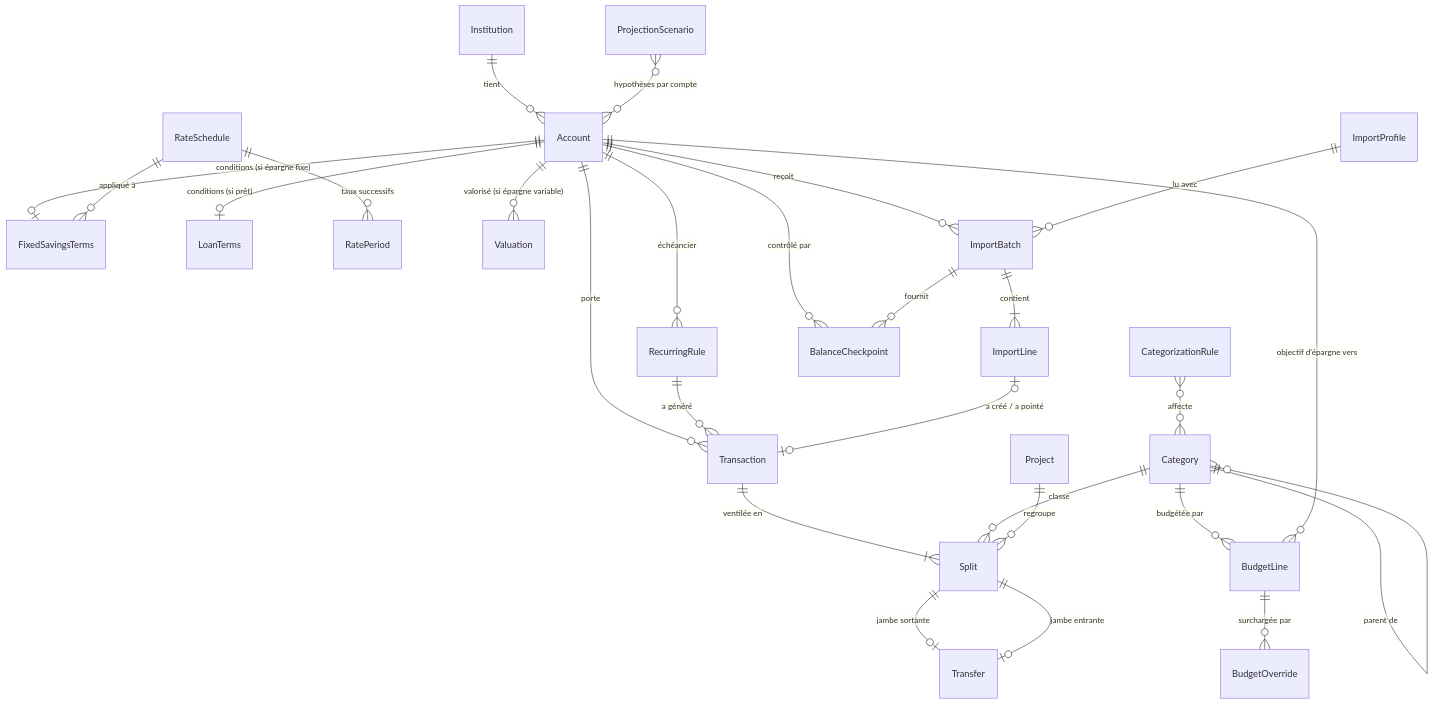
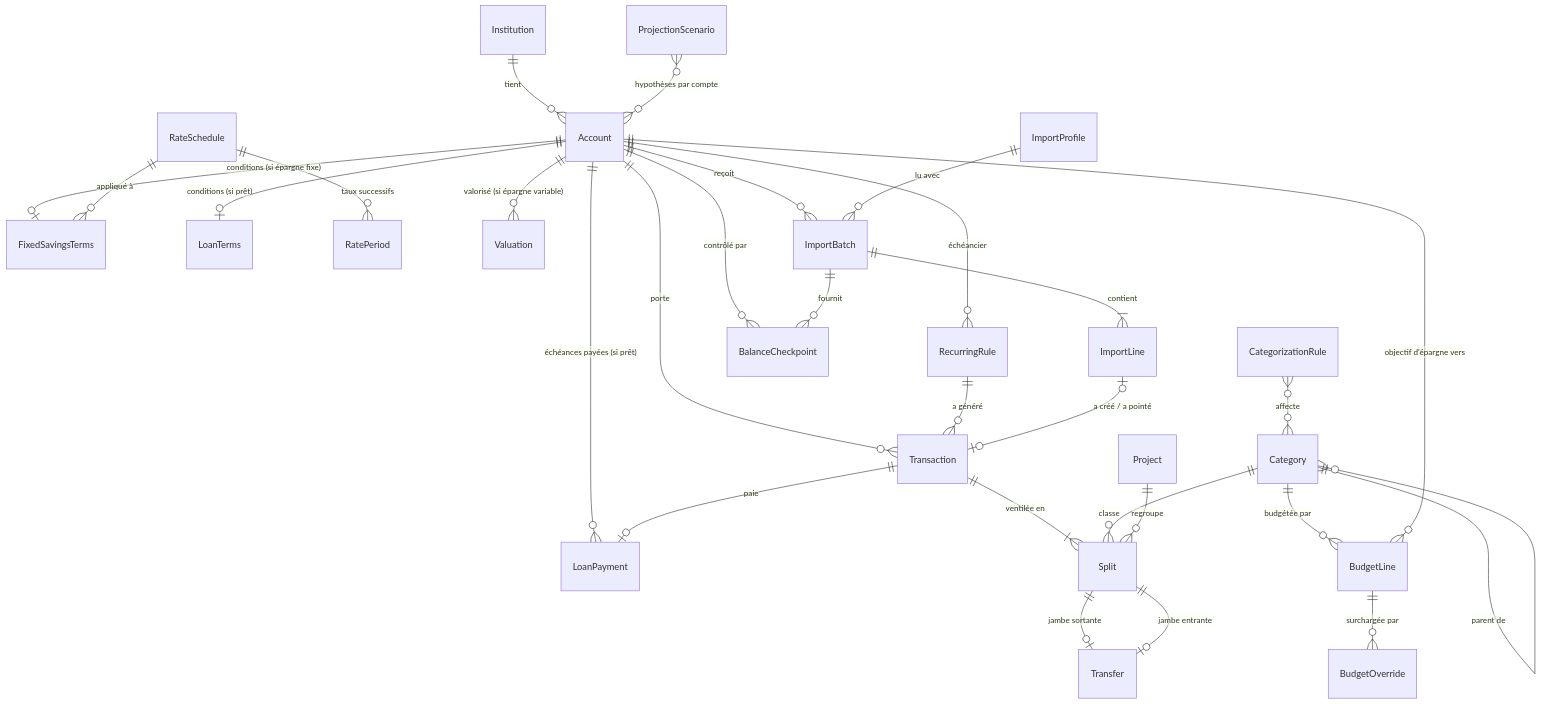
Before and after one commit to quentinpigne/cashflow: the diagram in docs/modele-de-donnees.md, drawn with Mermaid. The commit also changed other lines of this file and 45 other files, not shown here.

````diff
--- a/docs/modele-de-donnees.md
+++ b/docs/modele-de-donnees.md
@@ -46,29 +46,31 @@
 ```mermaid
 erDiagram
     Institution ||--o{ Account : "tient"
     Account ||--o| FixedSavingsTerms : "conditions (si épargne fixe)"
     Account ||--o| LoanTerms : "conditions (si prêt)"
+    Account ||--o{ LoanPayment : "échéances payées (si prêt)"
+    Transaction ||--o| LoanPayment : "paie"
     RateSchedule ||--o{ RatePeriod : "taux successifs"
     RateSchedule ||--o{ FixedSavingsTerms : "appliqué à"
     Account ||--o{ Valuation : "valorisé (si épargne variable)"
     Account ||--o{ Transaction : "porte"
     Transaction ||--|{ Split : "ventilée en"
     Category ||--o{ Split : "classe"
     Category ||--o{ Category : "parent de"
     Split ||--o| Transfer : "jambe sortante"
     Split ||--o| Transfer : "jambe entrante"
     Account ||--o{ RecurringRule : "échéancier"
     RecurringRule ||--o{ Transaction : "a généré"
     Account ||--o{ ImportBatch : "reçoit"
     ImportProfile ||--o{ ImportBatch : "lu avec"
     ImportBatch ||--|{ ImportLine : "contient"
     ImportLine |o--o| Transaction : "a créé / a pointé"
     Account ||--o{ BalanceCheckpoint : "contrôlé par"
     ImportBatch ||--o{ BalanceCheckpoint : "fournit"
     CategorizationRule }o--o{ Category : "affecte"
     ProjectionScenario }o--o{ Account : "hypothèses par compte"
     Project ||--o{ Split : "regroupe"
     Category ||--o{ BudgetLine : "budgétée par"
     Account ||--o{ BudgetLine : "objectif d'épargne vers"
     BudgetLine ||--o{ BudgetOverride : "surchargée par"
 ```
````
